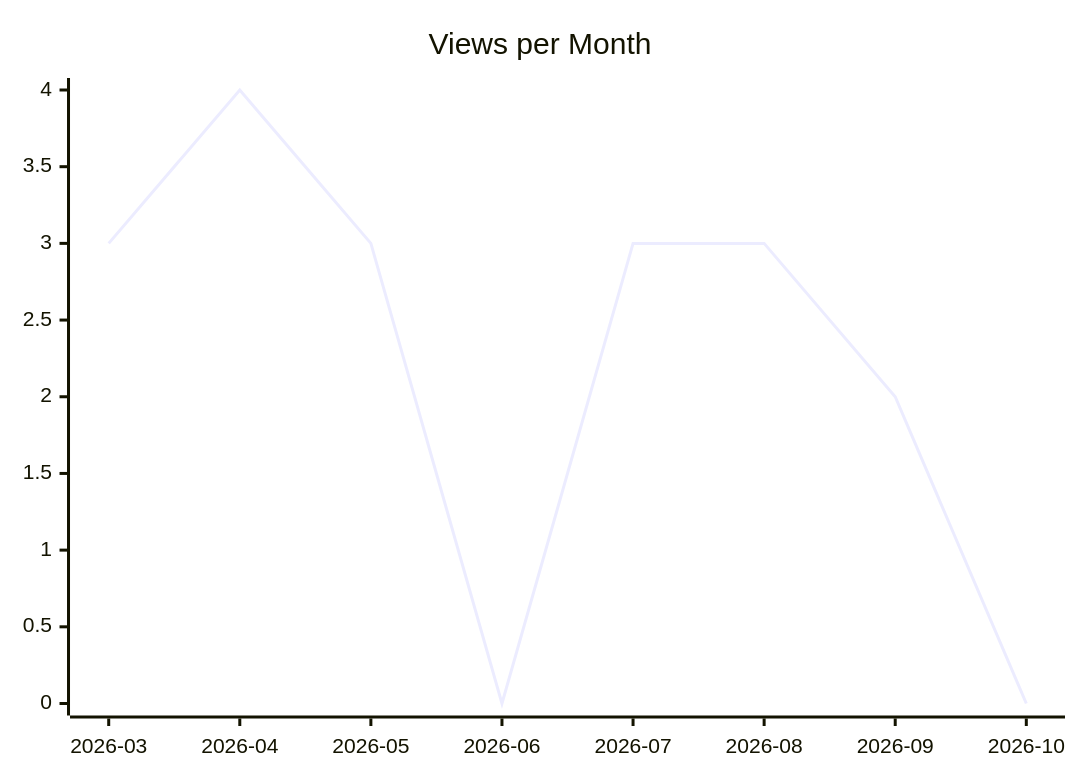
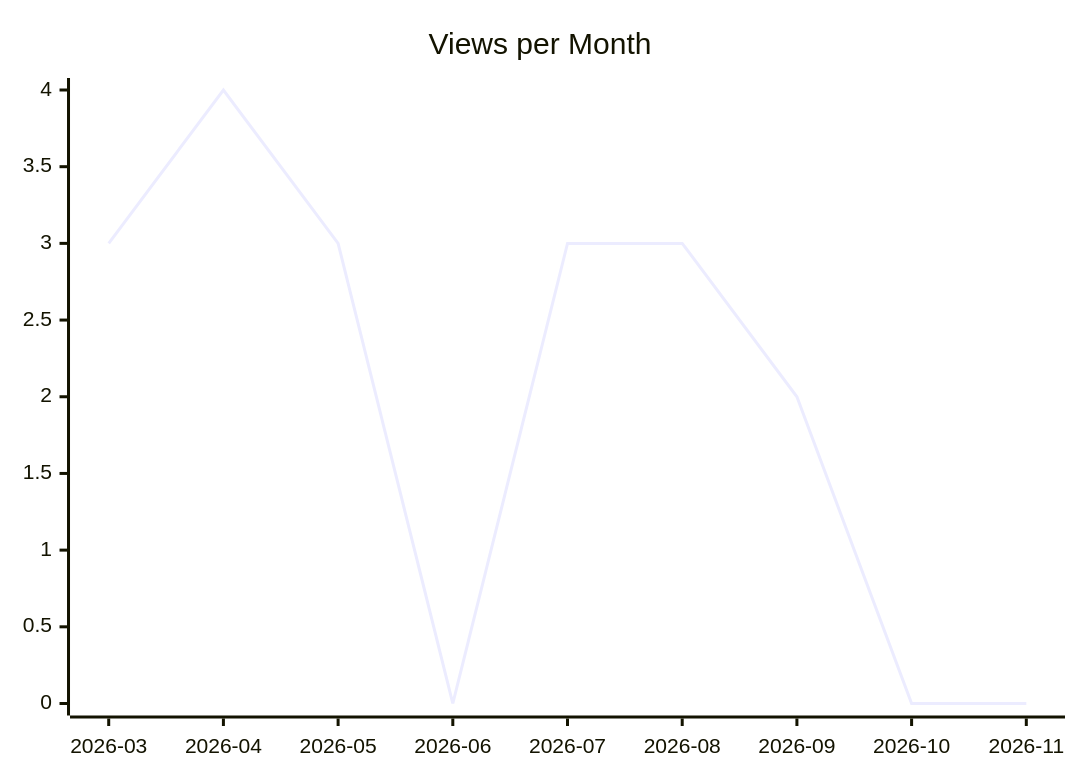
Before and after one commit to justdavis-family/github-analytics-data: the second of 3 diagrams in karlmdavis/kxml2/README.md, drawn with Mermaid. The commit also changed other lines of this file and 201 other files, not shown here.

````diff
--- a/karlmdavis/kxml2/README.md
+++ b/karlmdavis/kxml2/README.md
@@ -12,6 +12,6 @@
 ```mermaid
 xychart-beta
   title "Views per Month"
-  x-axis ["2026-03", "2026-04", "2026-05", "2026-06", "2026-07", "2026-08", "2026-09", "2026-10"]
-  line [3, 4, 3, 0, 3, 3, 2, 0]
+  x-axis ["2026-03", "2026-04", "2026-05", "2026-06", "2026-07", "2026-08", "2026-09", "2026-10", "2026-11"]
+  line [3, 4, 3, 0, 3, 3, 2, 0, 0]
 ```
````
